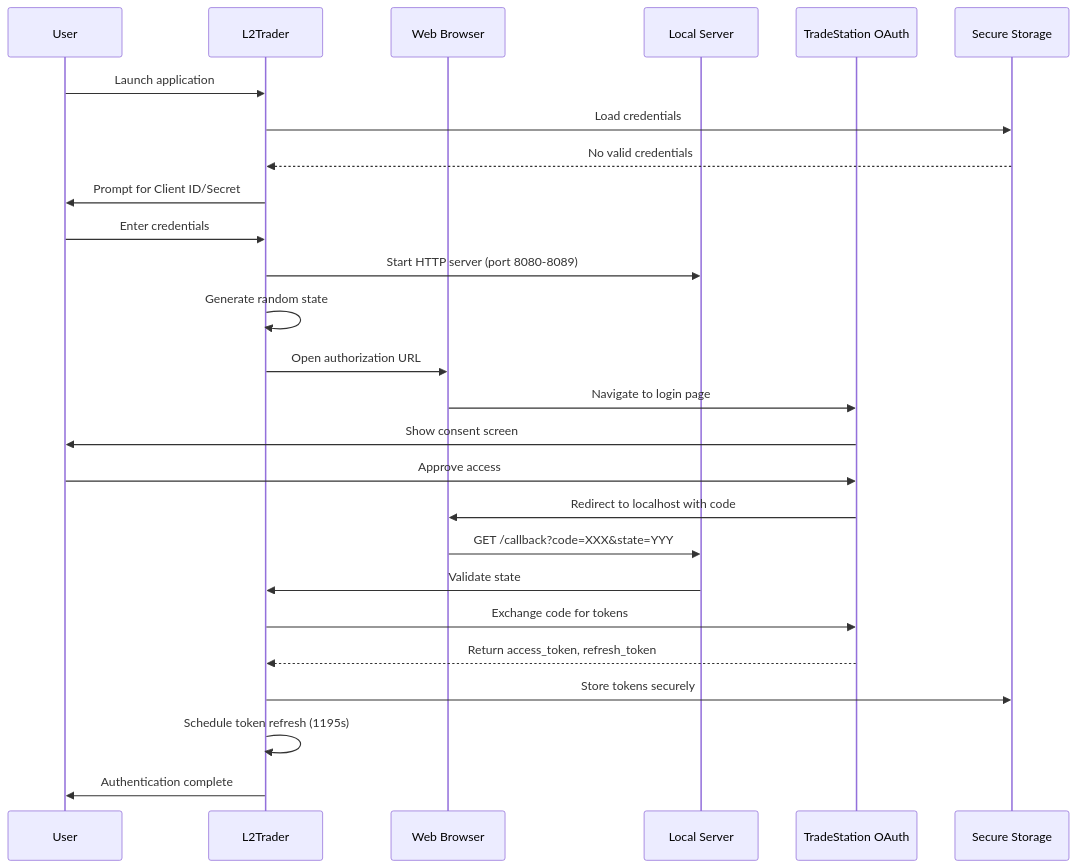
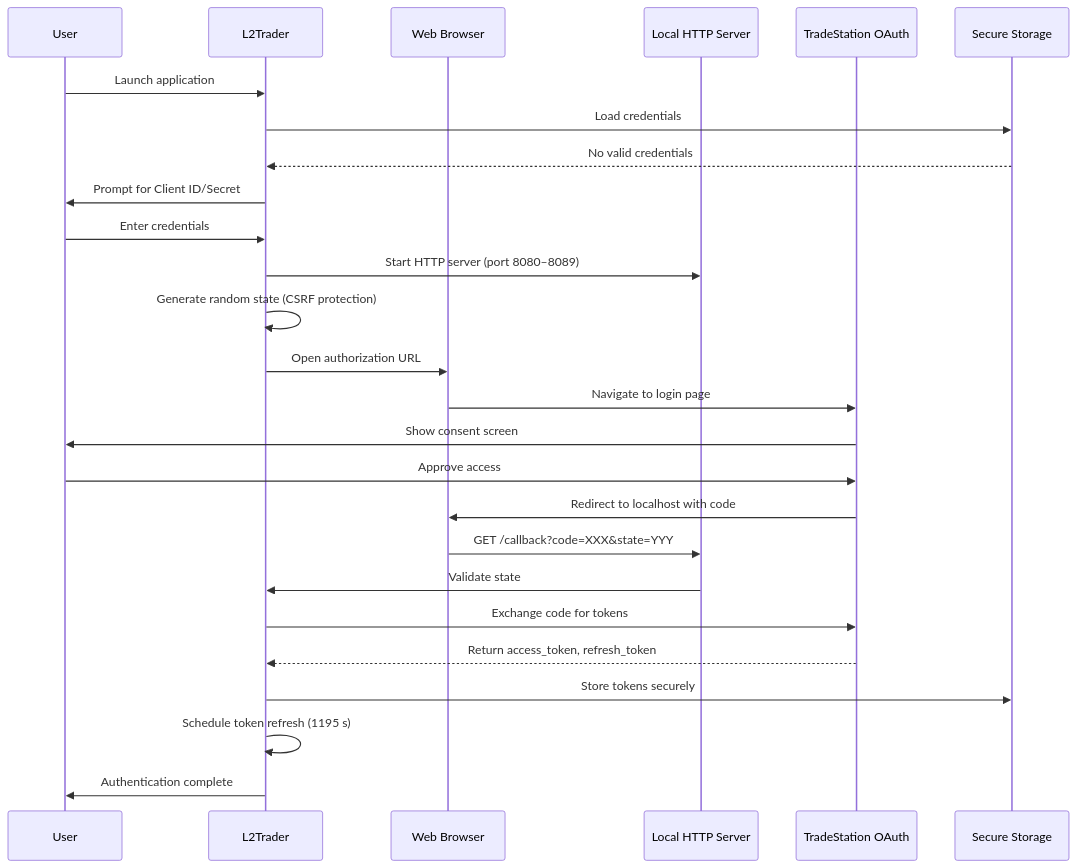
The first of 2 diagrams in Doc/AUTHENTICATION.md (simonbeaudoin0935/OpenTraderPlatform), drawn with Mermaid before and after one commit. The commit also changed other lines of this file and 8 other files, not shown here.

````diff
--- a/Doc/AUTHENTICATION.md
+++ b/Doc/AUTHENTICATION.md
@@ -48,35 +52,35 @@
 ```mermaid
 sequenceDiagram
     participant User
     participant App as L2Trader
     participant Browser as Web Browser
-    participant Server as Local Server
+    participant Server as Local HTTP Server
     participant TS as TradeStation OAuth
     participant Storage as Secure Storage
 
     User->>App: Launch application
     App->>Storage: Load credentials
     Storage-->>App: No valid credentials
-    
+
     App->>User: Prompt for Client ID/Secret
     User->>App: Enter credentials
-    
-    App->>Server: Start HTTP server (port 8080-8089)
-    App->>App: Generate random state
+
+    App->>Server: Start HTTP server (port 8080–8089)
+    App->>App: Generate random state (CSRF protection)
     App->>Browser: Open authorization URL
-    
+
     Browser->>TS: Navigate to login page
     TS->>User: Show consent screen
     User->>TS: Approve access
-    
+
     TS->>Browser: Redirect to localhost with code
     Browser->>Server: GET /callback?code=XXX&state=YYY
-    
+
     Server->>App: Validate state
     App->>TS: Exchange code for tokens
     TS-->>App: Return access_token, refresh_token
-    
+
     App->>Storage: Store tokens securely
-    App->>App: Schedule token refresh (1195s)
+    App->>App: Schedule token refresh (1195 s)
     App->>User: Authentication complete
 ```
````
